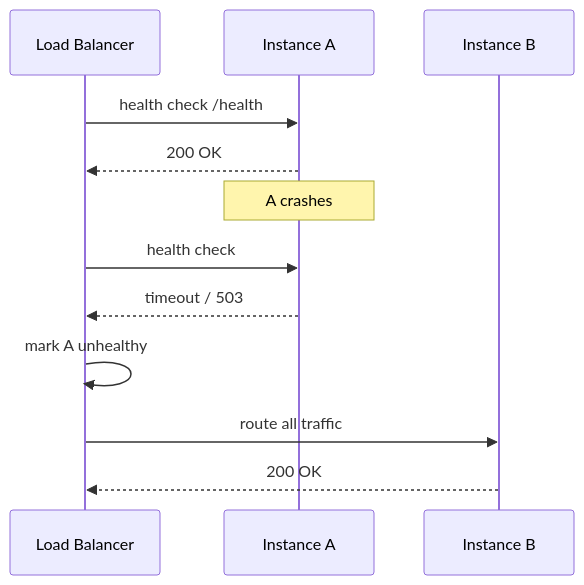
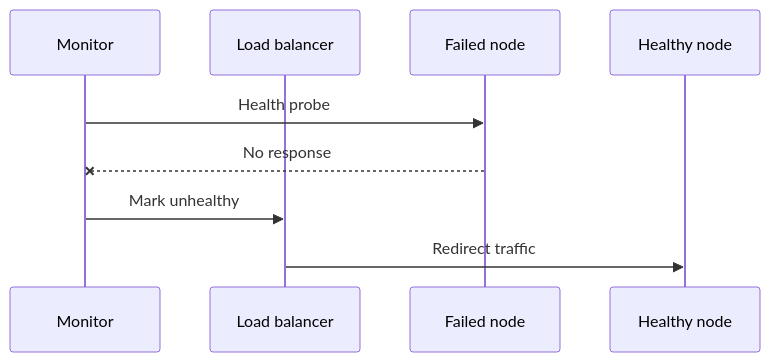
Before and after one commit to hareramcse/SystemDesign: diagram 11 of 34 in 12-reliability-engineering/README.md, drawn with Mermaid. The commit also changed other lines of this file and 1 other file, not shown here.

````diff
--- a/12-reliability-engineering/README.md
+++ b/12-reliability-engineering/README.md
@@ -139,15 +341,11 @@
 ```mermaid
 sequenceDiagram
-    participant LB as Load Balancer
-    participant A as Instance A
-    participant B as Instance B
-
-    LB->>A: health check /health
-    A-->>LB: 200 OK
-    Note over A: A crashes
-    LB->>A: health check
-    A-->>LB: timeout / 503
-    LB->>LB: mark A unhealthy
-    LB->>B: route all traffic
-    B-->>LB: 200 OK
+    participant Mon as Monitor
+    participant LB as Load balancer
+    participant Failed as Failed node
+    participant Healthy as Healthy node
+    Mon->>Failed: Health probe
+    Failed--xMon: No response
+    Mon->>LB: Mark unhealthy
+    LB->>Healthy: Redirect traffic
 ```
````
